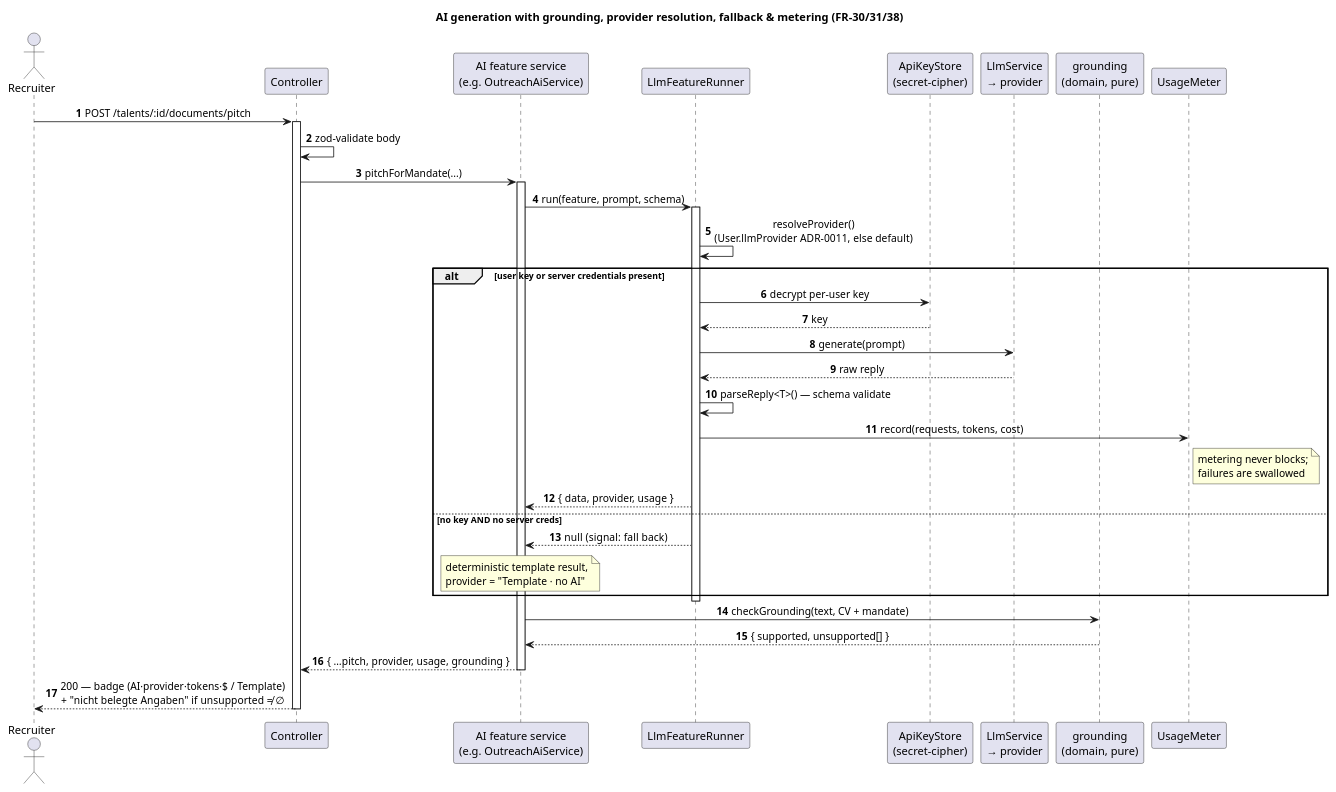
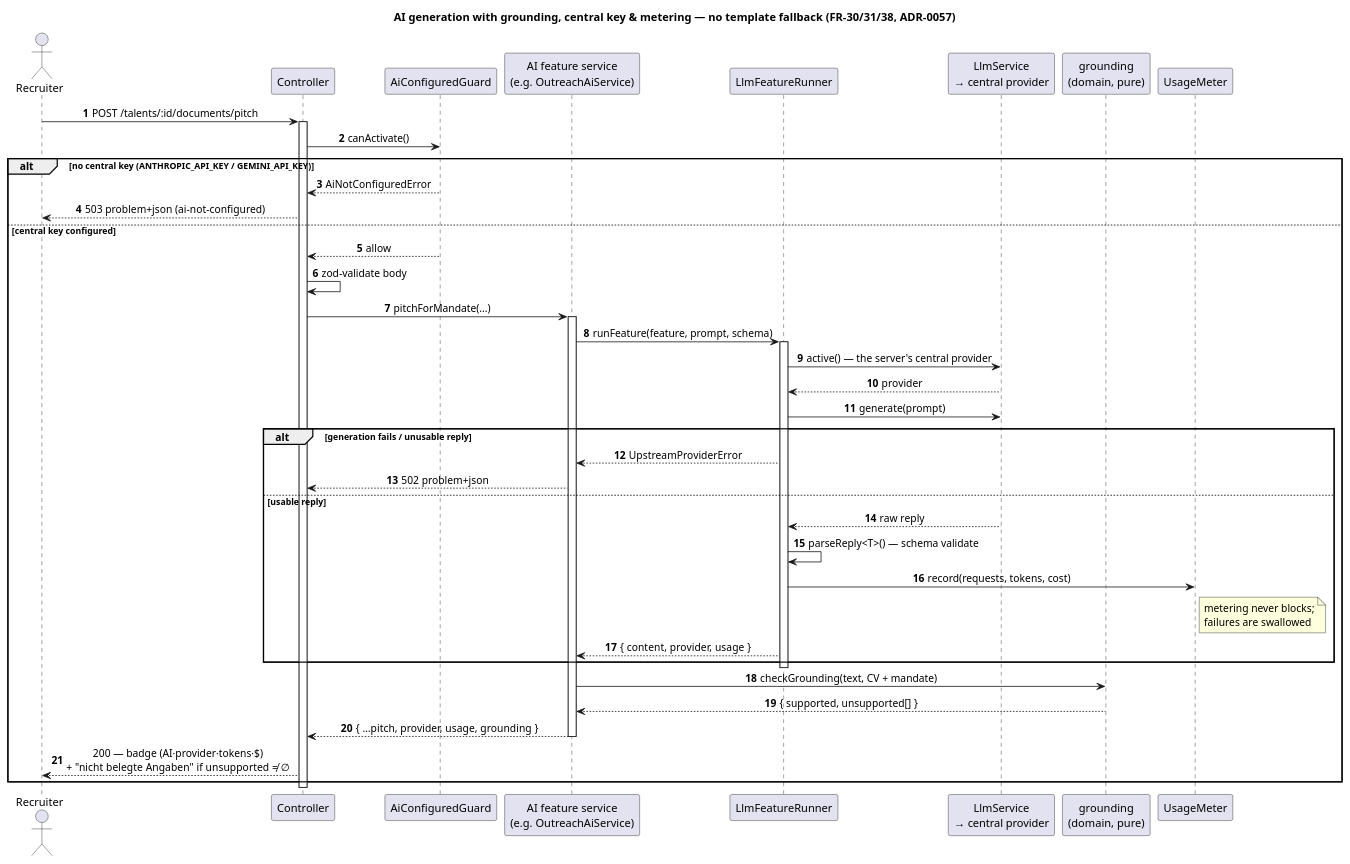
Before and after one commit to NexusHero/Resume: the diagram in docs/umls/06_seq_ai_generation.puml, drawn with PlantUML. The commit also changed 140 other files, not shown here.

First line of the commit message:
feat: application-service foundation — agency features behind 'vermittlung' switch, Mandant/Suchauftrag UI terms, central AI key without template fallback

```diff
--- a/docs/umls/06_seq_ai_generation.puml
+++ b/docs/umls/06_seq_ai_generation.puml
@@ -1,49 +1,54 @@
 @startuml 06_seq_ai_generation
-title AI generation with grounding, provider resolution, fallback & metering (FR-30/31/38)
+title AI generation with grounding, central key & metering — no template fallback (FR-30/31/38, ADR-0057)
 
 skinparam shadowing false
 skinparam sequenceMessageAlign center
 autonumber
 
 actor Recruiter
 participant "Controller" as Ctrl
+participant "AiConfiguredGuard" as Guard
 participant "AI feature service\n(e.g. OutreachAiService)" as Svc
 participant "LlmFeatureRunner" as Runner
-participant "ApiKeyStore\n(secret-cipher)" as Keys
-participant "LlmService\n→ provider" as Llm
+participant "LlmService\n→ central provider" as Llm
 participant "grounding\n(domain, pure)" as Ground
 participant "UsageMeter" as Meter
 
 Recruiter -> Ctrl : POST /talents/:id/documents/pitch
 activate Ctrl
-Ctrl -> Ctrl : zod-validate body
-Ctrl -> Svc : pitchForMandate(...)
-activate Svc
+Ctrl -> Guard : canActivate()
+alt no central key (ANTHROPIC_API_KEY / GEMINI_API_KEY)
+  Guard --> Ctrl : AiNotConfiguredError
+  Ctrl --> Recruiter : 503 problem+json (ai-not-configured)
+else central key configured
+  Guard --> Ctrl : allow
+  Ctrl -> Ctrl : zod-validate body
+  Ctrl -> Svc : pitchForMandate(...)
+  activate Svc
 
-Svc -> Runner : run(feature, prompt, schema)
-activate Runner
-Runner -> Runner : resolveProvider()\n(User.llmProvider ADR-0011, else default)
+  Svc -> Runner : runFeature(feature, prompt, schema)
+  activate Runner
+  Runner -> Llm : active() — the server's central provider
+  Llm --> Runner : provider
+  Runner -> Llm : generate(prompt)
+  alt generation fails / unusable reply
+    Runner --> Svc : UpstreamProviderError
+    Svc --> Ctrl : 502 problem+json
+  else usable reply
+    Llm --> Runner : raw reply
+    Runner -> Runner : parseReply<T>() — schema validate
+    Runner -> Meter : record(requests, tokens, cost)
+    note right of Meter : metering never blocks;\nfailures are swallowed
+    Runner --> Svc : { content, provider, usage }
+  end
+  deactivate Runner
 
-alt user key or server credentials present
-  Runner -> Keys : decrypt per-user key
-  Keys --> Runner : key
-  Runner -> Llm : generate(prompt)
-  Llm --> Runner : raw reply
-  Runner -> Runner : parseReply<T>() — schema validate
-  Runner -> Meter : record(requests, tokens, cost)
-  note right of Meter : metering never blocks;\nfailures are swallowed
-  Runner --> Svc : { data, provider, usage }
-else no key AND no server creds
-  Runner --> Svc : null  (signal: fall back)
-  note over Svc : deterministic template result,\nprovider = "Template · no AI"
+  Svc -> Ground : checkGrounding(text, CV + mandate)
+  Ground --> Svc : { supported, unsupported[] }
+  Svc --> Ctrl : { …pitch, provider, usage, grounding }
+  deactivate Svc
+  Ctrl --> Recruiter : 200 — badge (AI·provider·tokens·$)\n+ "nicht belegte Angaben" if unsupported ≠ ∅
 end
-deactivate Runner
-
-Svc -> Ground : checkGrounding(text, CV + mandate)
-Ground --> Svc : { supported, unsupported[] }
-Svc --> Ctrl : { …pitch, provider, usage, grounding }
-deactivate Svc
-Ctrl --> Recruiter : 200 — badge (AI·provider·tokens·$ / Template)\n+ "nicht belegte Angaben" if unsupported ≠ ∅
 deactivate Ctrl
 
 @enduml
```
